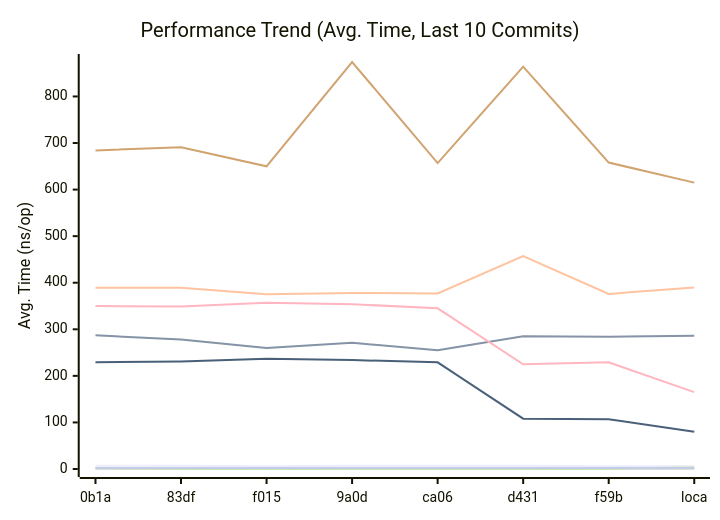
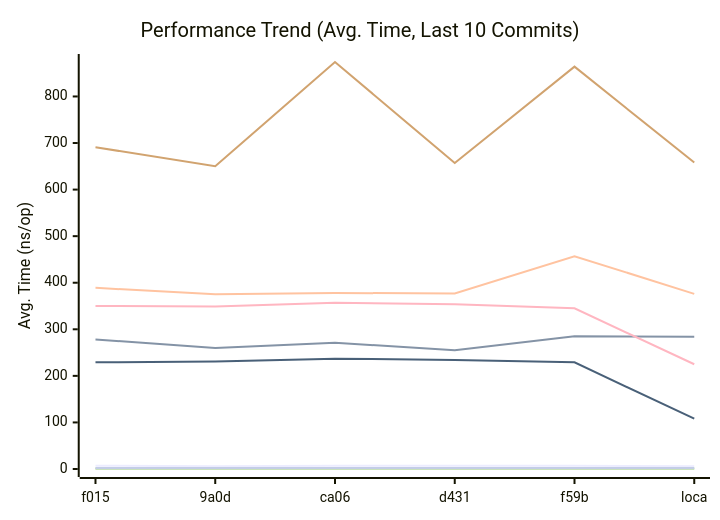
The first of 3 diagrams in docs/PERFORMANCE.md (alsotoes/momo), drawn with Mermaid before and after one commit. The commit also changed other lines of this file and 3 other files, not shown here.

````diff
--- a/docs/PERFORMANCE.md
+++ b/docs/PERFORMANCE.md
@@ -80,16 +80,16 @@
 ```mermaid
 xychart-beta
     title "Performance Trend (Avg. Time, Last 10 Commits)"
     x-axis "Commit"
     y-axis "Avg. Time (ns/op)"
-    x-axis [0b1a,83df,f015,9a0d,ca06,d431,f59b,loca]
-    line "CheckMetricsAndSwap" [7,7,6,7,7,7,6,6,7,7]
-    line "CrushOptimized" [287,278,260,271,255,285,284,286,323,345]
-    line "CrushOriginal" [389,389,375,378,377,457,376,390,365,708]
-    line "IndexDirectTracking" [0,0,0,0,0,0,0,0,0,0]
-    line "IndexSearch" [2,1,1,1,1,1,1,3,1,3]
-    line "LoadGlobalConfig" [684,691,650,874,657,864,658,615,611,855]
+    x-axis [f015,9a0d,ca06,d431,f59b,loca]
+    line "CheckMetricsAndSwap" [7,6,7,7,7,6,6,7,7,19]
+    line "CrushOptimized" [278,260,271,255,285,284,286,323,345,528]
+    line "CrushOriginal" [389,375,378,377,457,376,390,365,708,1101]
+    line "IndexDirectTracking" [0,0,0,0,0,0,0,0,0,1]
+    line "IndexSearch" [1,1,1,1,1,1,3,1,3,4]
+    line "LoadGlobalConfig" [691,650,874,657,864,658,615,611,855,1324]
     line "PadString" [2,2,2,2,2,2,2,2,2,2]
     line "ParseReplicationOrder_NoPrealloc" [350,349,357,354,345,225,229,165,232,234]
     line "ParseReplicationOrder_Prealloc" [229,231,237,234,229,108,107,80,110,109]
 ```
````
